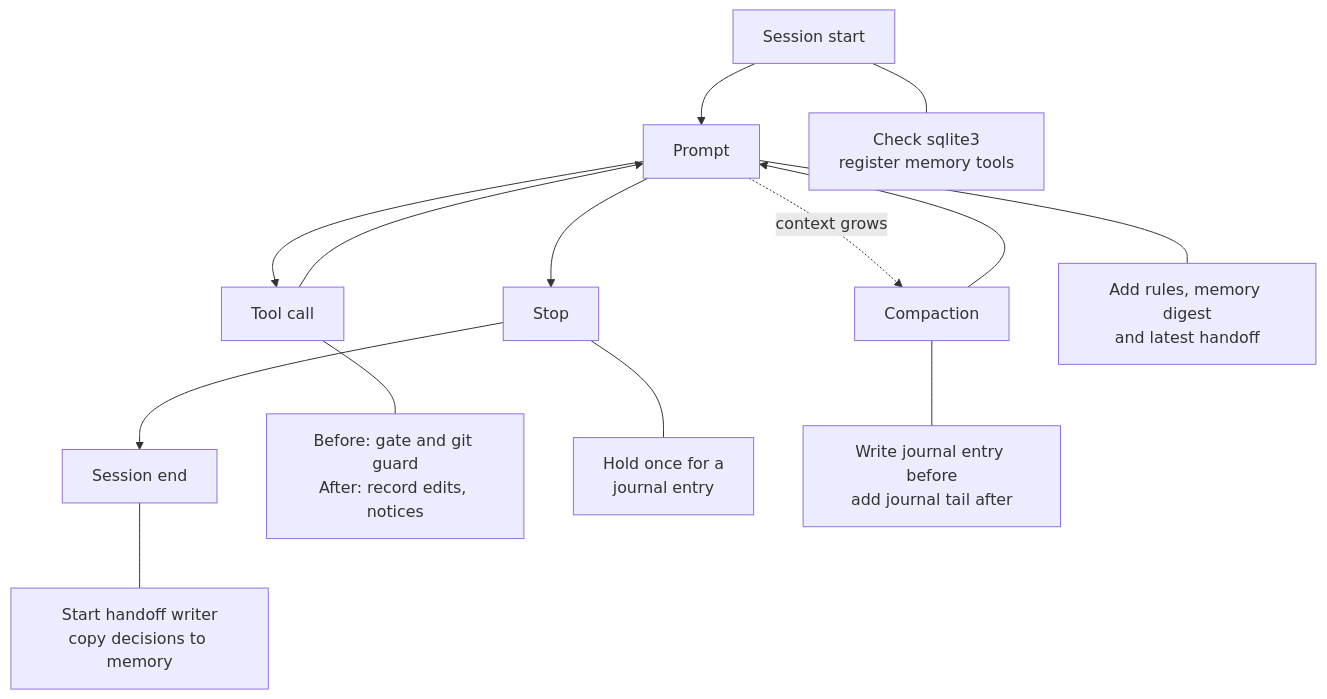
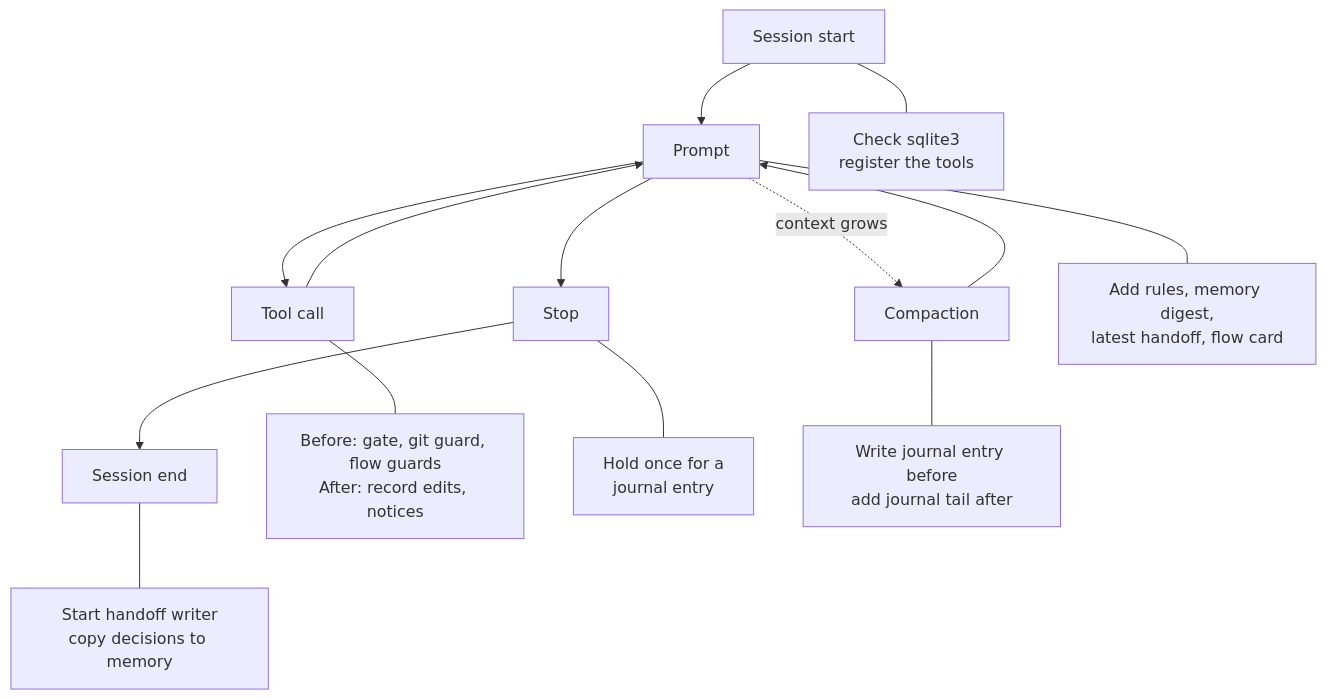
Before and after one commit to phantanphatdgteam-gif/snagon-dev-mods: the first of 2 diagrams in README.md, drawn with Mermaid. The commit also changed other lines of this file and 10 other files, not shown here.

````diff
--- a/README.md
+++ b/README.md
@@ -22,16 +37,16 @@
 ```mermaid
 flowchart TD
   A["Session start"] --> B["Prompt"]
   B --> C["Tool call"]
   C --> B
   B --> D["Stop"]
   D --> E["Session end"]
   B -.->|context grows| F["Compaction"]
   F --> B
-  A --- A1["Check sqlite3<br/>register memory tools"]
-  B --- B1["Add rules, memory digest<br/>and latest handoff"]
-  C --- C1["Before: gate and git guard<br/>After: record edits, notices"]
+  A --- A1["Check sqlite3<br/>register the tools"]
+  B --- B1["Add rules, memory digest,<br/>latest handoff, flow card"]
+  C --- C1["Before: gate, git guard, flow guards<br/>After: record edits, notices"]
   D --- D1["Hold once for a<br/>journal entry"]
   F --- F1["Write journal entry before<br/>add journal tail after"]
   E --- E1["Start handoff writer<br/>copy decisions to memory"]
 ```
````
